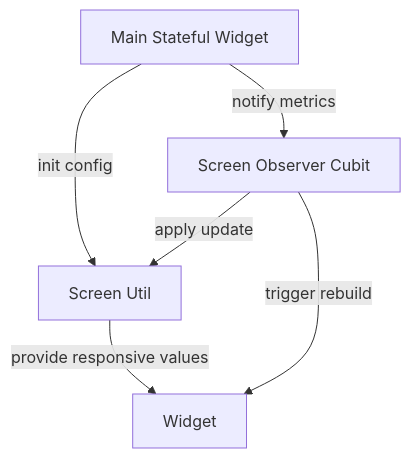
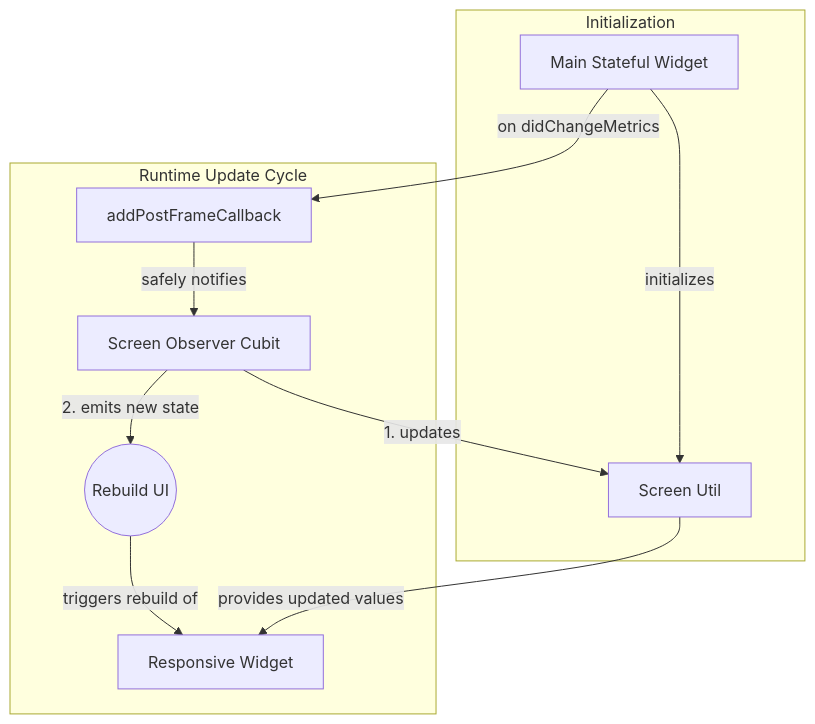
One commit to gaurishankar007/Flutter-Clean-Architecture changed the first of 3 diagrams in README.md. Above: the diagram before and after it, drawn with Mermaid. The commit also changed other lines of this file, not shown here.

Commit message:
refactor: updated flow chart diagrams.

````diff
--- a/README.md
+++ b/README.md
@@ -243,8 +241,15 @@
 ```mermaid
-flowchart TD
-    A[Main Stateful Widget] -->|init config| B[Screen Util]
-    A -->|notify metrics| C[Screen Observer Cubit]
-    C -->|apply update| B[Screen Util]
-    C -->|trigger rebuild| D[Widget]
-    B -->|provide responsive values| D[Widget]
+graph TD
+    subgraph Initialization
+        A[Main Stateful Widget] -- initializes --> B[Screen Util]
+    end
+
+    subgraph "Runtime Update Cycle"
+        A -- "on didChangeMetrics" --> C["addPostFrameCallback"]
+        C -- "safely notifies" --> D[Screen Observer Cubit]
+        D -- "1. updates" --> B
+        D -- "2. emits new state" --> E((Rebuild UI))
+        E -- triggers rebuild of --> F[Responsive Widget]
+        B -- provides updated values --> F
+    end
 ```
````
